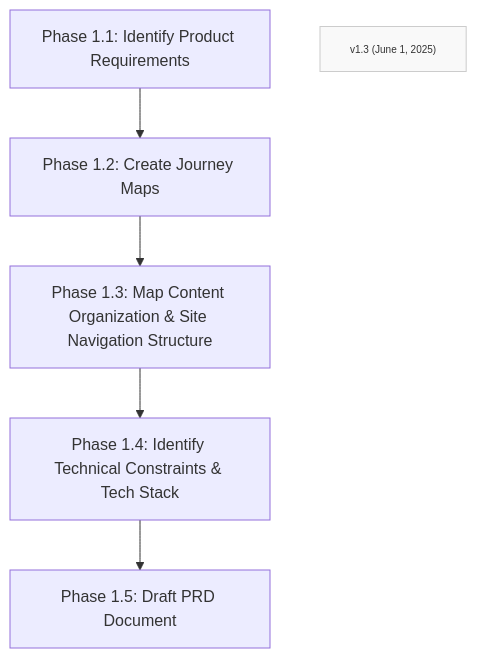
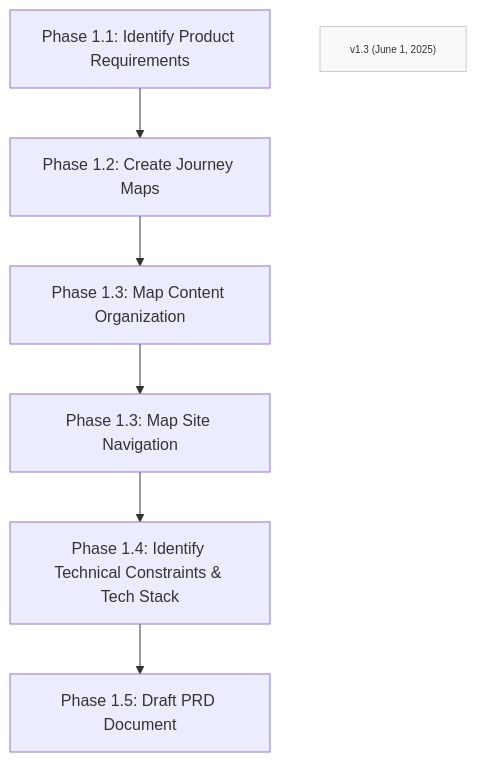
The diagram in Method/FF-phase1.md (Mharbulous/Front-First-Method), drawn with Mermaid before and after one commit.

Commit message:
Merging nuance with diagrams

````diff
--- a/Method/FF-phase1.md
+++ b/Method/FF-phase1.md
@@ -1,12 +1,13 @@
 ```mermaid
 graph TD
     Phase1_1["Phase 1.1: Identify Product Requirements"] --> Phase1_2["Phase 1.2: Create Journey Maps"]
-    Phase1_2 --> Phase1_3["Phase 1.3: Map Content Organization & Site Navigation Structure"]
-    Phase1_3 --> Phase1_4["Phase 1.4: Identify Technical Constraints & Tech Stack"]
-    Phase1_4 --> Phase1_5["Phase 1.5: Draft PRD Document"]
+    Phase1_2 --> Phase1_3["Phase 1.3: Map Content Organization"]
+    Phase1_3 --> Phase1_4["Phase 1.3: Map Site Navigation"]
+    Phase1_4 --> Phase1_5["Phase 1.4: Identify Technical Constraints & Tech Stack"]
+    Phase1_5 --> Phase1_6["Phase 1.5: Draft PRD Document"]
         
     Version["v1.3 (June 1, 2025)"]
     
     classDef version fill:#f9f9f9,stroke:#ccc,font-size:10px
     class Version version
 ```
````
